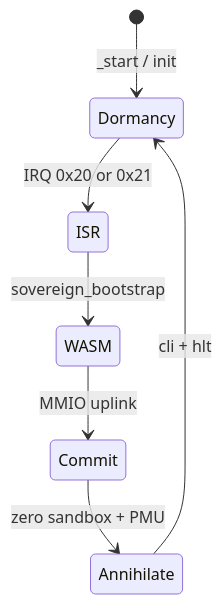
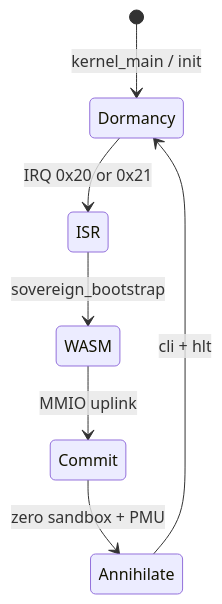
One commit to thesnmc/Aether-Enclave changed the diagram in README.md. Above: the diagram before and after it, drawn with Mermaid. The commit also changed other lines of this file and 3 other files, not shown here.

````diff
--- a/README.md
+++ b/README.md
@@ -51,9 +51,9 @@
 ```mermaid
 stateDiagram-v2
-    [*] --> Dormancy: _start / init
+    [*] --> Dormancy: kernel_main / init
     Dormancy --> ISR: IRQ 0x20 or 0x21
     ISR --> WASM: sovereign_bootstrap
     WASM --> Commit: MMIO uplink
     Commit --> Annihilate: zero sandbox + PMU
     Annihilate --> Dormancy: cli + hlt
 ```
````
